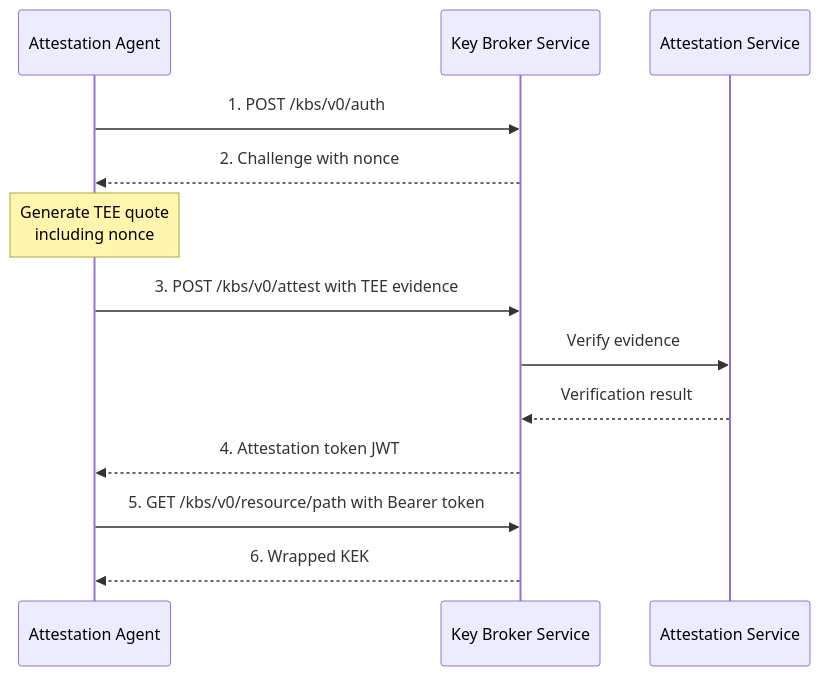
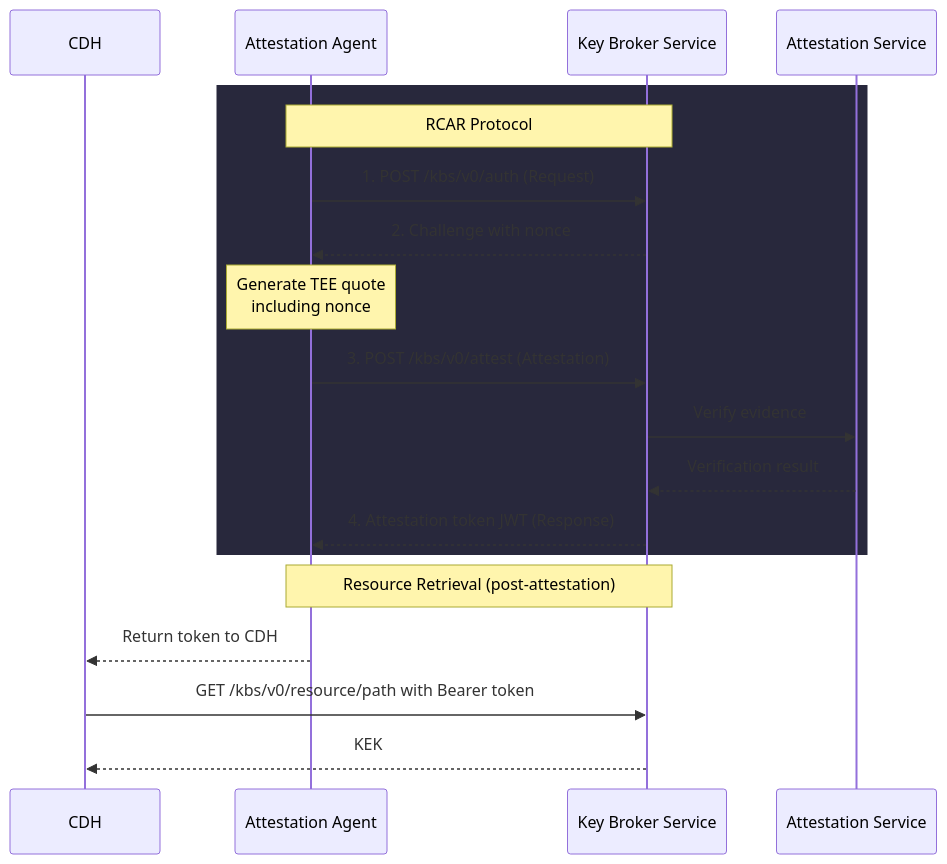
Before and after one commit to scontain/encrypted_container_images: the seventh of 13 diagrams in PROPOSAL.md, drawn with Mermaid. The commit also changed other lines of this file and 1 other file, not shown here.

````diff
--- a/PROPOSAL.md
+++ b/PROPOSAL.md
@@ -329,21 +338,30 @@
 ```mermaid
 sequenceDiagram
+    participant CDH as CDH
     participant AA as Attestation Agent
     participant KBS as Key Broker Service
     participant AS as Attestation Service
 
-    AA->>KBS: 1. POST /kbs/v0/auth
+    rect rgb(40, 40, 60)
+    Note over AA,KBS: RCAR Protocol
+
+    AA->>KBS: 1. POST /kbs/v0/auth (Request)
     KBS-->>AA: 2. Challenge with nonce
 
     Note over AA: Generate TEE quote<br/>including nonce
 
-    AA->>KBS: 3. POST /kbs/v0/attest with TEE evidence
+    AA->>KBS: 3. POST /kbs/v0/attest (Attestation)
 
     KBS->>AS: Verify evidence
     AS-->>KBS: Verification result
 
-    KBS-->>AA: 4. Attestation token JWT
+    KBS-->>AA: 4. Attestation token JWT (Response)
 
-    AA->>KBS: 5. GET /kbs/v0/resource/path with Bearer token
-    KBS-->>AA: 6. Wrapped KEK
+    end
+
+    Note over AA,KBS: Resource Retrieval (post-attestation)
+
+    AA-->>CDH: Return token to CDH
+    CDH->>KBS: GET /kbs/v0/resource/path with Bearer token
+    KBS-->>CDH: KEK
 ```
````
